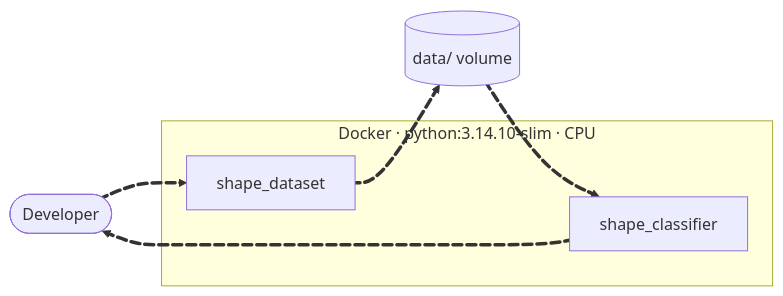
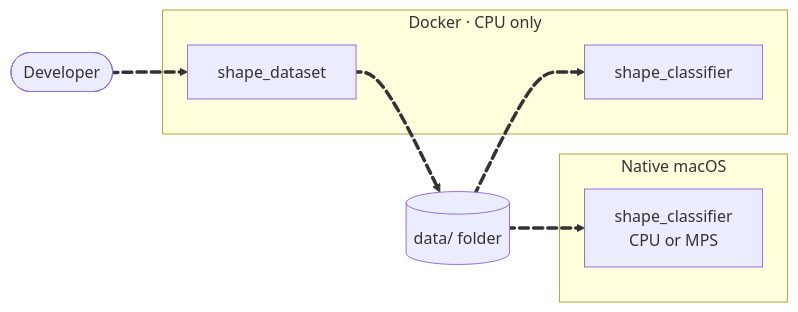
The first of 14 diagrams in CNN/image_classification/docs/hld/slides.md (nal/ML), drawn with Mermaid before and after one commit. The commit also changed other lines of this file and 1 other file, not shown here.

````diff
--- a/CNN/image_classification/docs/hld/slides.md
+++ b/CNN/image_classification/docs/hld/slides.md
@@ -63,17 +64,20 @@
 ```mermaid {scale: 0.85}
 flowchart LR
   user([Developer])
-  subgraph docker["Docker · python:3.14.10-slim · CPU"]
+  subgraph docker["Docker · CPU only"]
     gen["shape_dataset"]
     clf["shape_classifier"]
   end
-  data[("data/ volume")]
+  subgraph native["Native macOS"]
+    nclf["shape_classifier<br/>CPU or MPS"]
+  end
+  data[("data/ folder")]
   user e1@==> gen
   gen e2@==> data
   data e3@==> clf
-  clf e4@==> user
+  data e4@==> nclf
   e1@{ animate: true }
   e2@{ animate: true }
   e3@{ animate: true }
   e4@{ animate: true }
 ```
````
